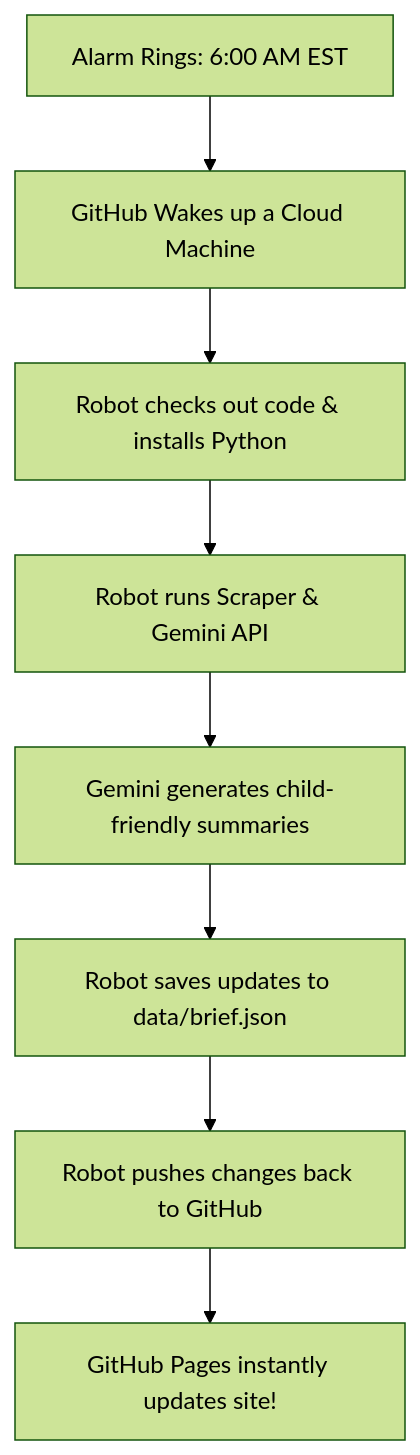
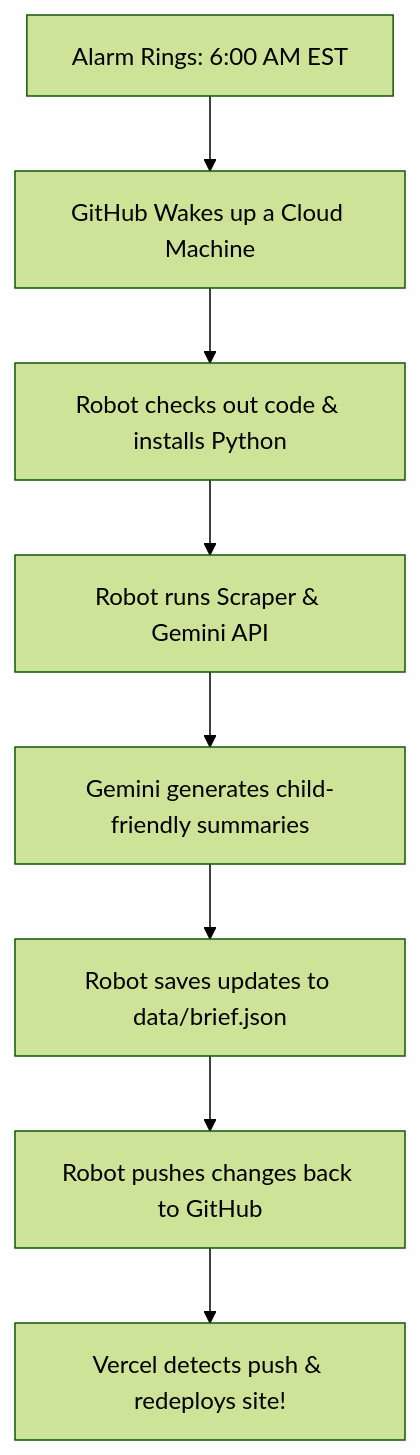
The diagram in docs/CRONJOB_and_HOSTING.md (khushboovdesai/ai-pulse), drawn with Mermaid (forest theme) before and after one commit. The commit also changed other lines of this file, not shown here.

Commit message:
docs: update cronjob and hosting manual for Vercel integration and action write permissions

````diff
--- a/docs/CRONJOB_and_HOSTING.md
+++ b/docs/CRONJOB_and_HOSTING.md
@@ -34,10 +34,10 @@
 ```mermaid
 graph TD
     A[Alarm Rings: 6:00 AM EST] --> B[GitHub Wakes up a Cloud Machine]
     B --> C[Robot checks out code & installs Python]
     C --> D[Robot runs Scraper & Gemini API]
     D --> E[Gemini generates child-friendly summaries]
     E --> F[Robot saves updates to data/brief.json]
     F --> G[Robot pushes changes back to GitHub]
-    G --> H[GitHub Pages instantly updates site!]
+    G --> H[Vercel detects push & redeploys site!]
 ```
````
